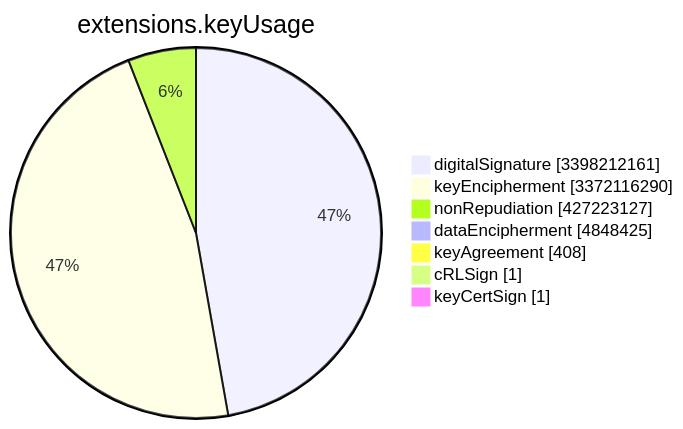
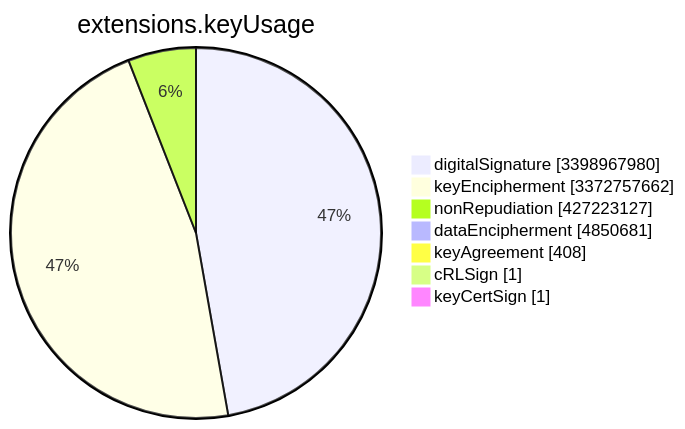
One commit to christiankrug/ctmonitor_visualization changed the sixth of 15 diagrams in TOTAL/README.md. Above: the diagram before and after it, drawn with Mermaid. The commit also changed other lines of this file, not shown here.

````diff
--- a/TOTAL/README.md
+++ b/TOTAL/README.md
@@ -3081,11 +3081,11 @@
 ```mermaid
 pie showData
 title extensions.keyUsage
-"digitalSignature" :3398212161
-"keyEncipherment" :3372116290
+"digitalSignature" :3398967980
+"keyEncipherment" :3372757662
 "nonRepudiation" :427223127
-"dataEncipherment" :4848425
+"dataEncipherment" :4850681
 "keyAgreement" :408
 "cRLSign" :1
 "keyCertSign" :1
 ```
````
